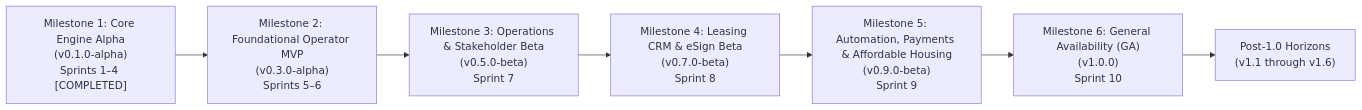
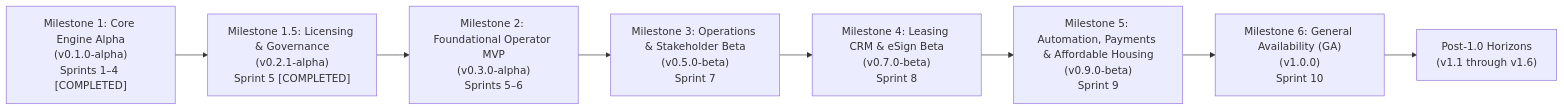
The first of 2 diagrams in docs/ROADMAP.md (garrisonos/GarrisonOS), drawn with Mermaid before and after one commit. The commit also changed other lines of this file and 13 other files, not shown here.

Commit message:
docs(governance): add v0.2.1 licensing architecture and CLA v2

````diff
--- a/docs/ROADMAP.md
+++ b/docs/ROADMAP.md
@@ -11,9 +11,10 @@
 ```mermaid
 flowchart LR
-    A["Milestone 1: Core Engine Alpha<br/>(v0.1.0-alpha)<br/>Sprints 1–4 [COMPLETED]"] --> B["Milestone 2: Foundational Operator MVP<br/>(v0.3.0-alpha)<br/>Sprints 5–6"]
+    A["Milestone 1: Core Engine Alpha<br/>(v0.1.0-alpha)<br/>Sprints 1–4 [COMPLETED]"] --> A2["Milestone 1.5: Licensing & Governance<br/>(v0.2.1-alpha)<br/>Sprint 5 [COMPLETED]"]
+    A2 --> B["Milestone 2: Foundational Operator MVP<br/>(v0.3.0-alpha)<br/>Sprints 5–6"]
     B --> C["Milestone 3: Operations & Stakeholder Beta<br/>(v0.5.0-beta)<br/>Sprint 7"]
     C --> D["Milestone 4: Leasing CRM & eSign Beta<br/>(v0.7.0-beta)<br/>Sprint 8"]
     D --> E["Milestone 5: Automation, Payments & Affordable Housing<br/>(v0.9.0-beta)<br/>Sprint 9"]
     E --> F["Milestone 6: General Availability (GA)<br/>(v1.0.0)<br/>Sprint 10"]
     F --> G["Post-1.0 Horizons<br/>(v1.1 through v1.6)"]
 ```
````
